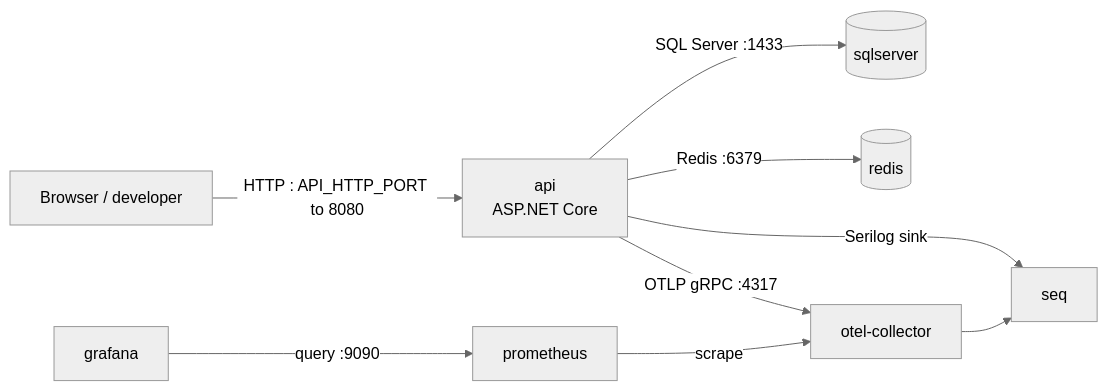
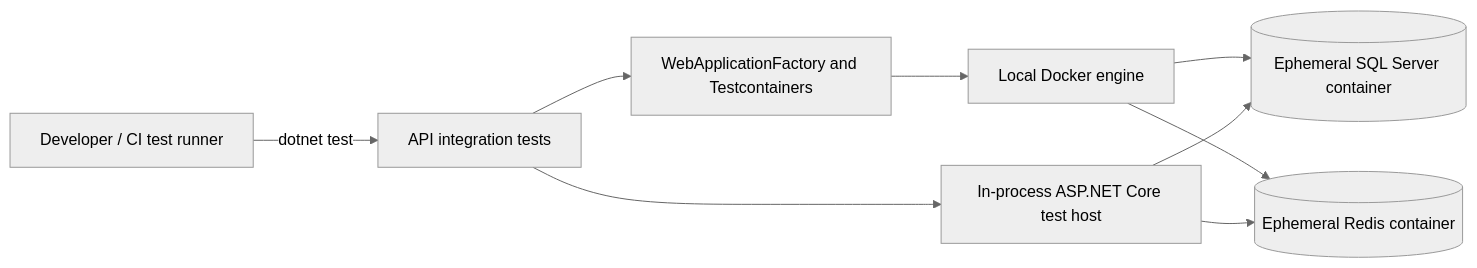
Before and after one commit to ahmedadel977/MechanicShop-V2: the first of 2 diagrams in docs/DOCKER.md, drawn with Mermaid (neutral theme). The commit also changed other lines of this file and 1 other file, not shown here.

Commit message:
docs: clarify Docker support on master

````diff
--- a/docs/DOCKER.md
+++ b/docs/DOCKER.md
@@ -15,11 +11,11 @@
 ```mermaid
 flowchart LR
-    Browser[Browser / developer] -->|HTTP : API_HTTP_PORT to 8080| API[api\nASP.NET Core]
-    API -->|SQL Server :1433| SQL[(sqlserver)]
-    API -->|Redis :6379| Redis[(redis)]
-    API -->|OTLP gRPC :4317| OTel[otel-collector]
-    API -->|Serilog sink| Seq[seq]
-    OTel --> Seq
-    Prometheus[prometheus] -->|scrape| OTel
-    Grafana[grafana] -->|query :9090| Prometheus
+    Dev[Developer / CI test runner] -->|dotnet test| Tests[API integration tests]
+    Tests --> Factory[WebApplicationFactory and Testcontainers]
+    Factory --> Engine[Local Docker engine]
+    Engine --> SQL[(Ephemeral SQL Server container)]
+    Engine --> Redis[(Ephemeral Redis container)]
+    Tests --> Host[In-process ASP.NET Core test host]
+    Host --> SQL
+    Host --> Redis
 ```
````
